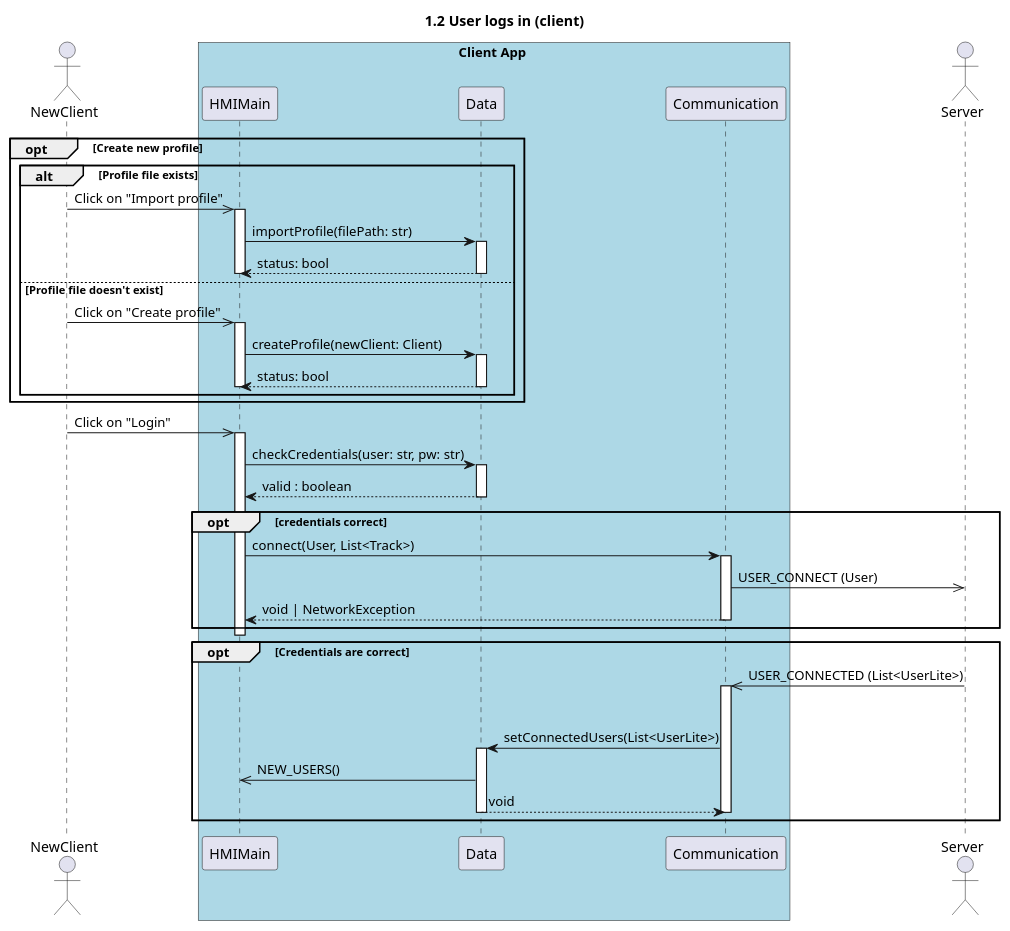
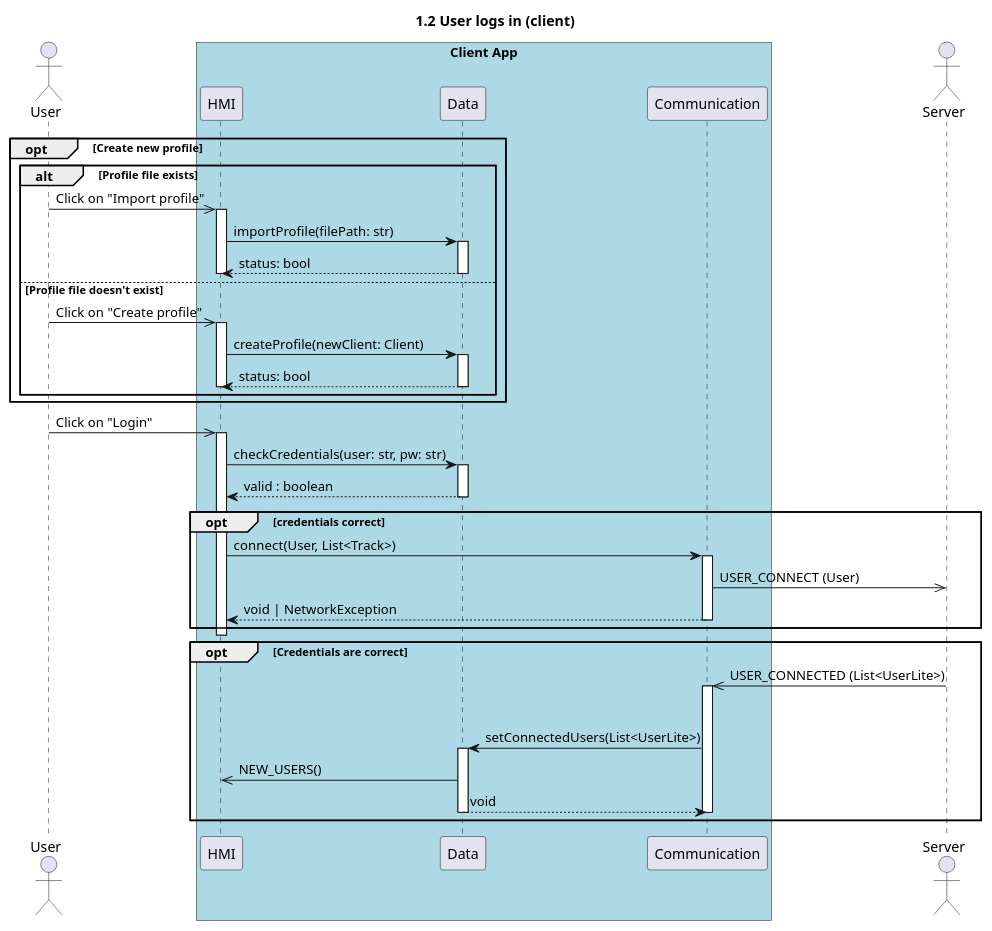
The diagram in sequence/1.2.user_logs_in_client.puml (UTCAI12/Diagrams), drawn with PlantUML before and after one commit. The commit also changed 8 other files, not shown here.

```diff
--- a/sequence/1.2.user_logs_in_client.puml
+++ b/sequence/1.2.user_logs_in_client.puml
@@ -1,51 +1,49 @@
 @startuml 1.2 User logs in (client)
 title 1.2 User logs in (client)
 
-actor NewClient
-
-box Client App #LightBlue
-    participant HMIMain as HMI
-    participant Data
-    participant Communication
+actor "User" as user
+box "Client App" #LightBlue
+    participant "HMI" as hmi
+    participant "Data" as data
+    participant "Communication" as com
 end box
-
-actor Server 
+actor "Server" as server
 
 opt Create new profile 
     alt Profile file exists
-        NewClient ->> HMI++: Click on "Import profile"
-        HMI -> Data++: importProfile(filePath: str)
+        user ->> hmi++: Click on "Import profile"
+        hmi -> data++: importProfile(filePath: str)
         return status: bool
-        deactivate HMI 
+        deactivate hmi 
     else Profile file doesn't exist
-        NewClient ->> HMI++: Click on "Create profile"
-        HMI -> Data++: createProfile(newClient: Client)
+        user ->> hmi++: Click on "Create profile"
+        hmi -> data++: createProfile(newClient: Client)
         return status: bool
-        deactivate HMI
+        deactivate hmi
     end
 end
 
 
 
-NewClient ->> HMI++: Click on "Login"
-HMI -> Data++: checkCredentials(user: str, pw: str)
+user ->> hmi++: Click on "Login"
+hmi -> data++: checkCredentials(user: str, pw: str)
 return valid : boolean
 
 opt credentials correct
-    HMI -> Communication++ : connect(User, List<Track>)
-    Communication->>Server: USER_CONNECT (User)
+    hmi -> com++ : connect(User, List<Track>)
+    com->>server: USER_CONNECT (User)
     return void | NetworkException
 end
 
-deactivate HMI
+deactivate hmi
 
 opt Credentials are correct
-    Server ->> Communication++: USER_CONNECTED (List<UserLite>)
-    deactivate Server
-    Communication->Data++: setConnectedUsers(List<UserLite>)
-    Data->>HMI : NEW_USERS()
+    server ->> com++: USER_CONNECTED (List<UserLite>)
+    deactivate server
+    com->data++: setConnectedUsers(List<UserLite>)
+    data->>hmi : NEW_USERS()
     return void
-    deactivate Communication
+    deactivate com
 end
 
 @enduml
```
